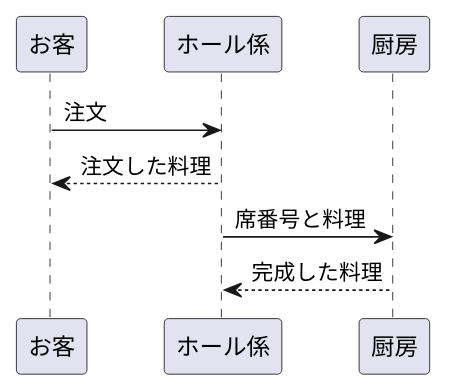
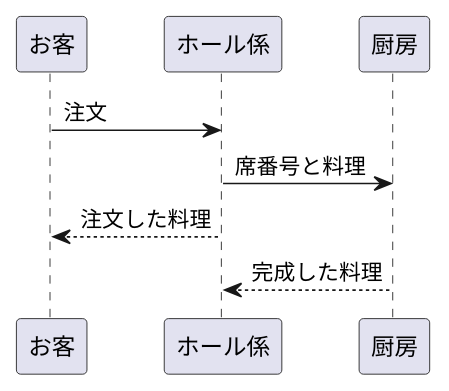
The diagram in 0420kadai2.md (Aso2001374/2021sys-design), drawn with PlantUML before and after one commit. The commit also changed other lines of this file, not shown here.

````diff
--- a/0420kadai2.md
+++ b/0420kadai2.md
@@ -1,8 +1,8 @@
 ```uml
 @startuml
 お客->ホール係:注文
+ホール係->厨房:席番号と料理
 ホール係-->お客:注文した料理
-ホール係->厨房:席番号と料理
 厨房-->ホール係:完成した料理
 @enduml
 ```
````
